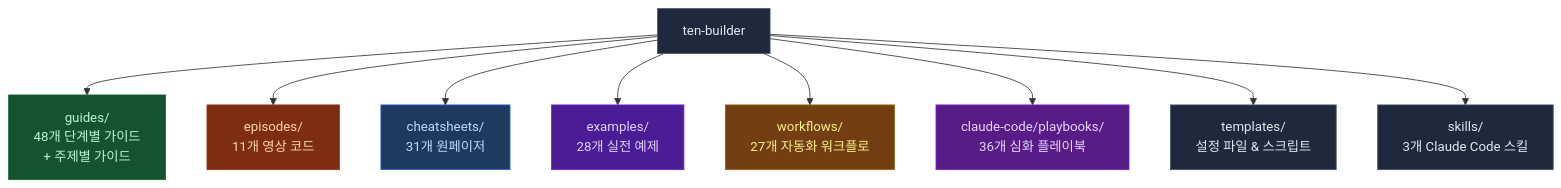
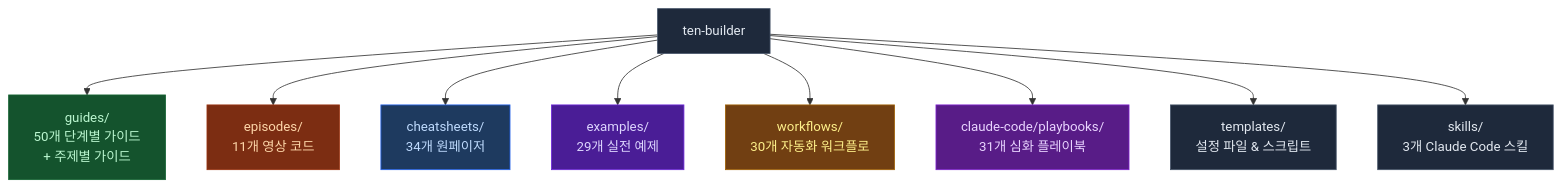
One commit to ten-builder/ten-builder changed the first of 2 diagrams in README.md. Above: the diagram before and after it, drawn with Mermaid. The commit also changed other lines of this file, not shown here.

Commit message:
docs: README sync -- guides 49-50, cheatsheets, workflows, examples, playbook 37

````diff
--- a/README.md
+++ b/README.md
@@ -23,21 +23,21 @@
 ```mermaid
 flowchart TD
-    R["ten-builder"] --> G["guides/\n48개 단계별 가이드\n+ 주제별 가이드"]
+    R["ten-builder"] --> G["guides/\n50개 단계별 가이드\n+ 주제별 가이드"]
     R --> E["episodes/\n11개 영상 코드"]
-    R --> C["cheatsheets/\n31개 원페이저"]
-    R --> EX["examples/\n28개 실전 예제"]
-    R --> W["workflows/\n27개 자동화 워크플로"]
-    R --> P["claude-code/playbooks/\n36개 심화 플레이북"]
+    R --> C["cheatsheets/\n34개 원페이저"]
+    R --> EX["examples/\n29개 실전 예제"]
+    R --> W["workflows/\n30개 자동화 워크플로"]
+    R --> P["claude-code/playbooks/\n31개 심화 플레이북"]
     R --> T["templates/\n설정 파일 & 스크립트"]
     R --> S["skills/\n3개 Claude Code 스킬"]
 
     style R fill:#1e293b,stroke:#475569,color:#e2e8f0
     style G fill:#14532d,stroke:#166534,color:#bbf7d0
     style E fill:#7c2d12,stroke:#9a3412,color:#fed7aa
     style C fill:#1e3a5f,stroke:#2563eb,color:#bfdbfe
     style EX fill:#4a1d96,stroke:#6d28d9,color:#ddd6fe
     style W fill:#713f12,stroke:#a16207,color:#fef08a
     style P fill:#581c87,stroke:#7e22ce,color:#e9d5ff
     style T fill:#1e293b,stroke:#475569,color:#e2e8f0
     style S fill:#1e293b,stroke:#475569,color:#e2e8f0
 ```
````
